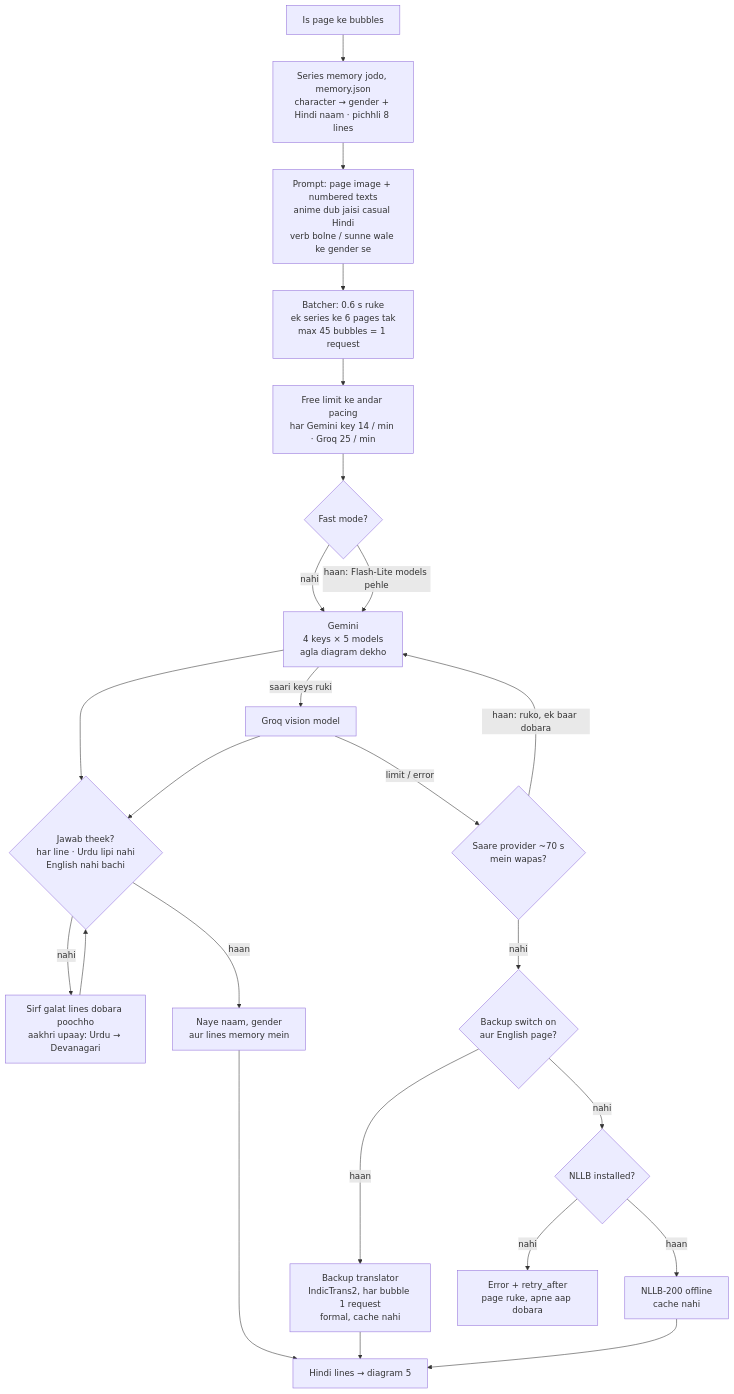
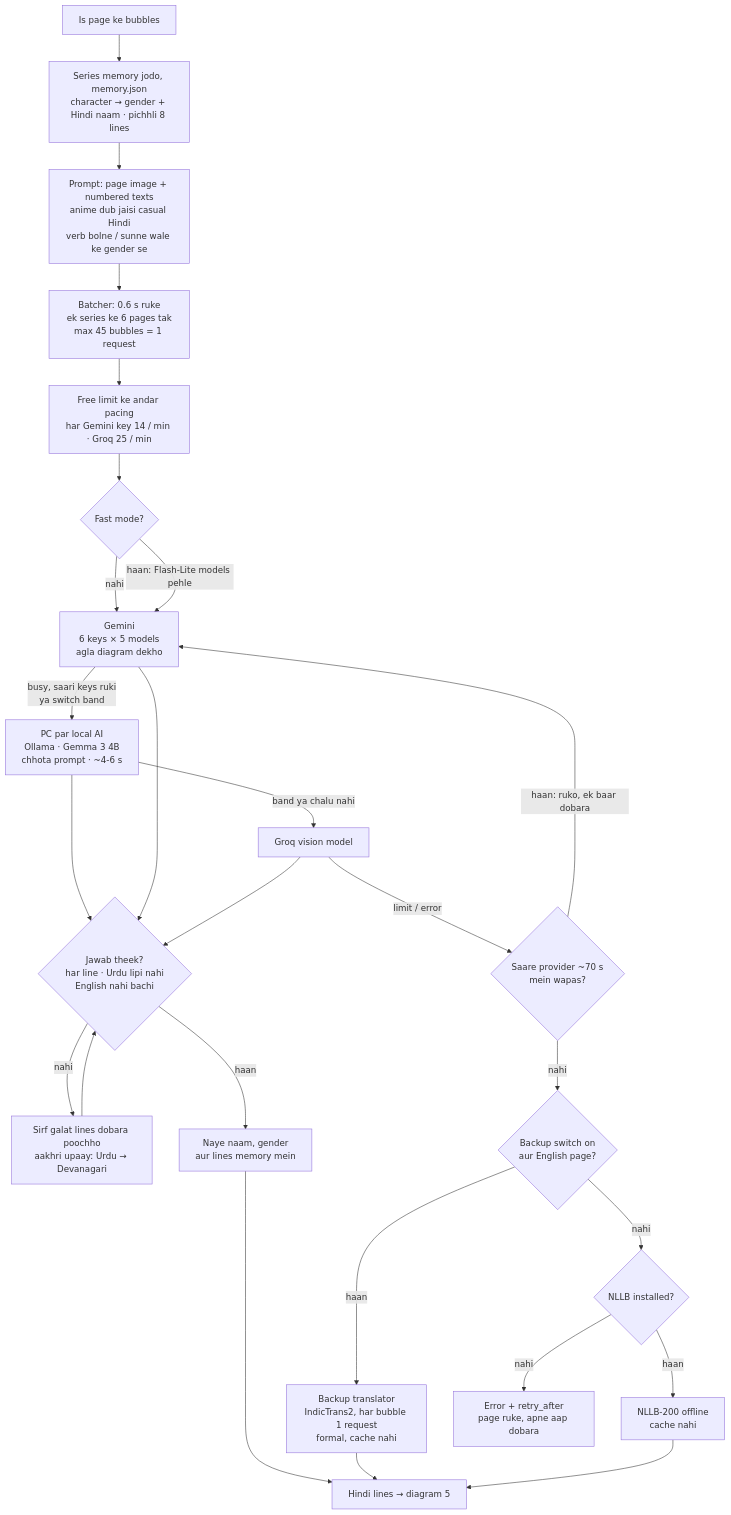
Before and after one commit to jitendra205saini/Manga-Translator: the fourth of 6 diagrams in README.hinglish.md, drawn with Mermaid. The commit also changed other lines of this file and 1 other file, not shown here.

Commit message:
README: local AI in diagrams, 6 keys round robin

````diff
--- a/README.hinglish.md
+++ b/README.hinglish.md
@@ -194,25 +196,27 @@
 ```mermaid
 flowchart TD
     G["Is page ke bubbles"] --> M["Series memory jodo, memory.json<br/>character → gender + Hindi naam · pichhli 8 lines"]
     M --> P["Prompt: page image + numbered texts<br/>anime dub jaisi casual Hindi<br/>verb bolne / sunne wale ke gender se"]
     P --> BQ["Batcher: 0.6 s ruke<br/>ek series ke 6 pages tak<br/>max 45 bubbles = 1 request"]
     BQ --> PC["Free limit ke andar pacing<br/>har Gemini key 14 / min · Groq 25 / min"]
     PC --> FM{"Fast mode?"}
-    FM -->|"nahi"| GM["Gemini<br/>4 keys × 5 models<br/>agla diagram dekho"]
+    FM -->|"nahi"| GM["Gemini<br/>6 keys × 5 models<br/>agla diagram dekho"]
     FM -->|"haan: Flash-Lite models pehle"| GM
-    GM -->|"saari keys ruki"| GQ["Groq vision model"]
+    GM -->|"busy, saari keys ruki<br/>ya switch band"| LC["PC par local AI<br/>Ollama · Gemma 3 4B<br/>chhota prompt · ~4-6 s"]
+    LC -->|"band ya chalu nahi"| GQ["Groq vision model"]
+    LC --> CK
     GM --> CK{"Jawab theek?<br/>har line · Urdu lipi nahi<br/>English nahi bachi"}
     GQ --> CK
     CK -->|"nahi"| RA["Sirf galat lines dobara poochho<br/>aakhri upaay: Urdu → Devanagari"]
     RA --> CK
     CK -->|"haan"| MW["Naye naam, gender<br/>aur lines memory mein"]
     MW --> OK["Hindi lines → diagram 5"]
     GQ -->|"limit / error"| WT{"Saare provider ~70 s<br/>mein wapas?"}
     WT -->|"haan: ruko, ek baar dobara"| GM
     WT -->|"nahi"| BK{"Backup switch on<br/>aur English page?"}
     BK -->|"haan"| BT["Backup translator<br/>IndicTrans2, har bubble 1 request<br/>formal, cache nahi"]
     BT --> OK
     BK -->|"nahi"| NL{"NLLB installed?"}
     NL -->|"haan"| NN["NLLB-200 offline<br/>cache nahi"] --> OK
     NL -->|"nahi"| RT["Error + retry_after<br/>page ruke, apne aap dobara"]
 ```
````
